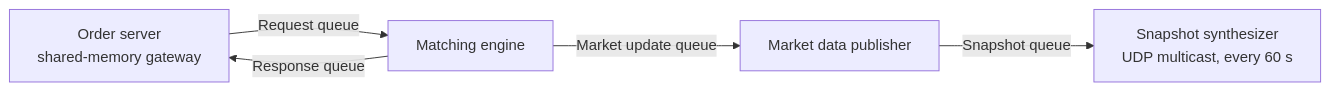
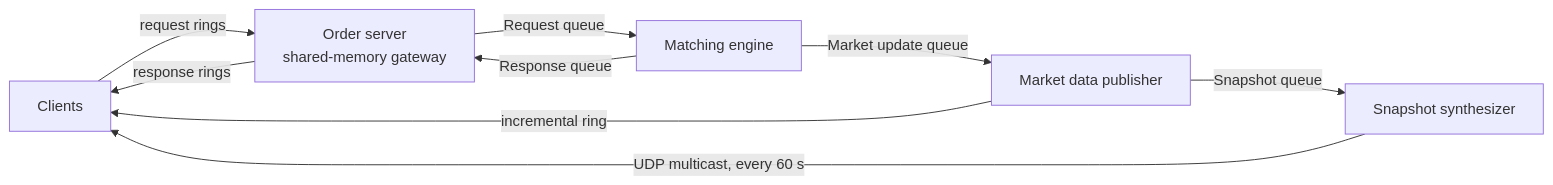
The diagram in README.md (BurhanAkkus/Low-Latency-Trading-Exchange-CPP), drawn with Mermaid before and after one commit. The commit also changed other lines of this file, not shown here.

````diff
--- a/README.md
+++ b/README.md
@@ -19,8 +19,11 @@
 ```mermaid
 flowchart LR
-    os[Order server<br/>shared-memory gateway]
-    me[Matching engine] -- Response queue --> os
-    os -- Request queue --> me
+    c[Clients] -- request rings --> os[Order server<br/>shared-memory gateway]
+    os -- response rings --> c
+    os -- Request queue --> me[Matching engine]
+    me -- Response queue --> os
     me -- Market update queue --> mdp[Market data publisher]
-    mdp -- Snapshot queue --> ss[Snapshot synthesizer<br/>UDP multicast, every 60 s]
+    mdp -- incremental ring --> c
+    mdp -- Snapshot queue --> ss[Snapshot synthesizer]
+    ss -- UDP multicast, every 60 s --> c
 ```
````
